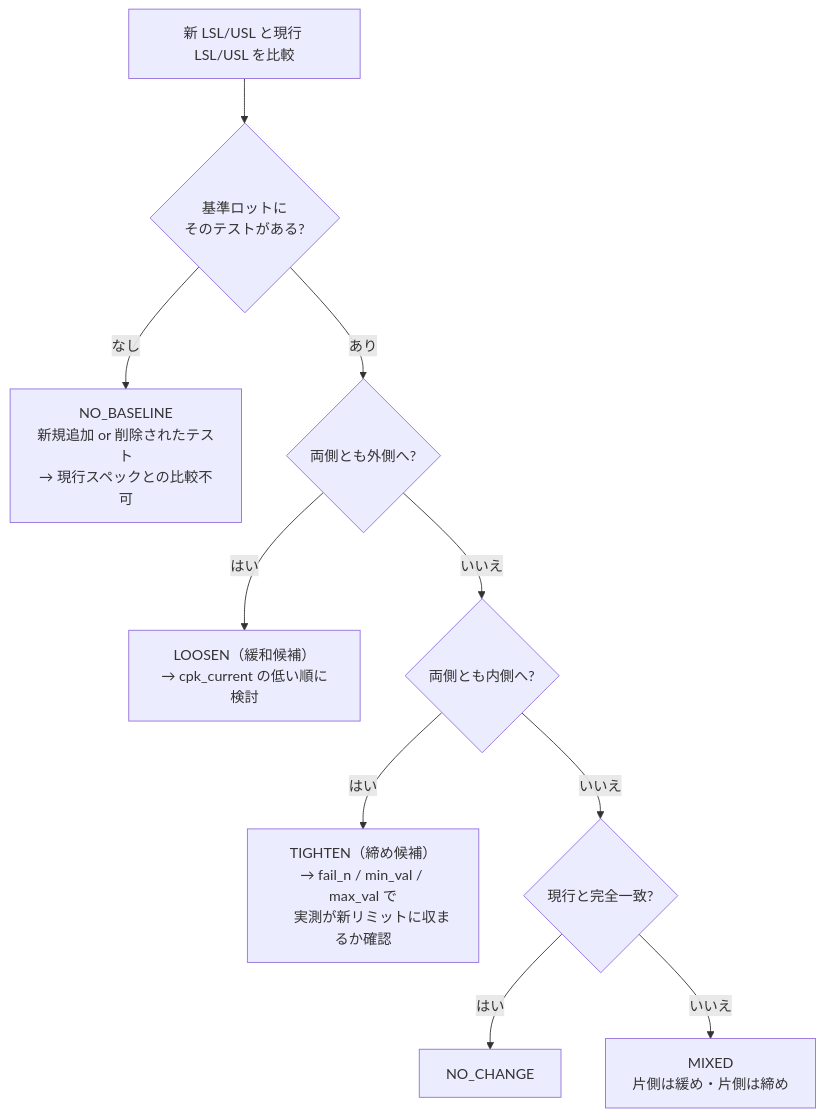
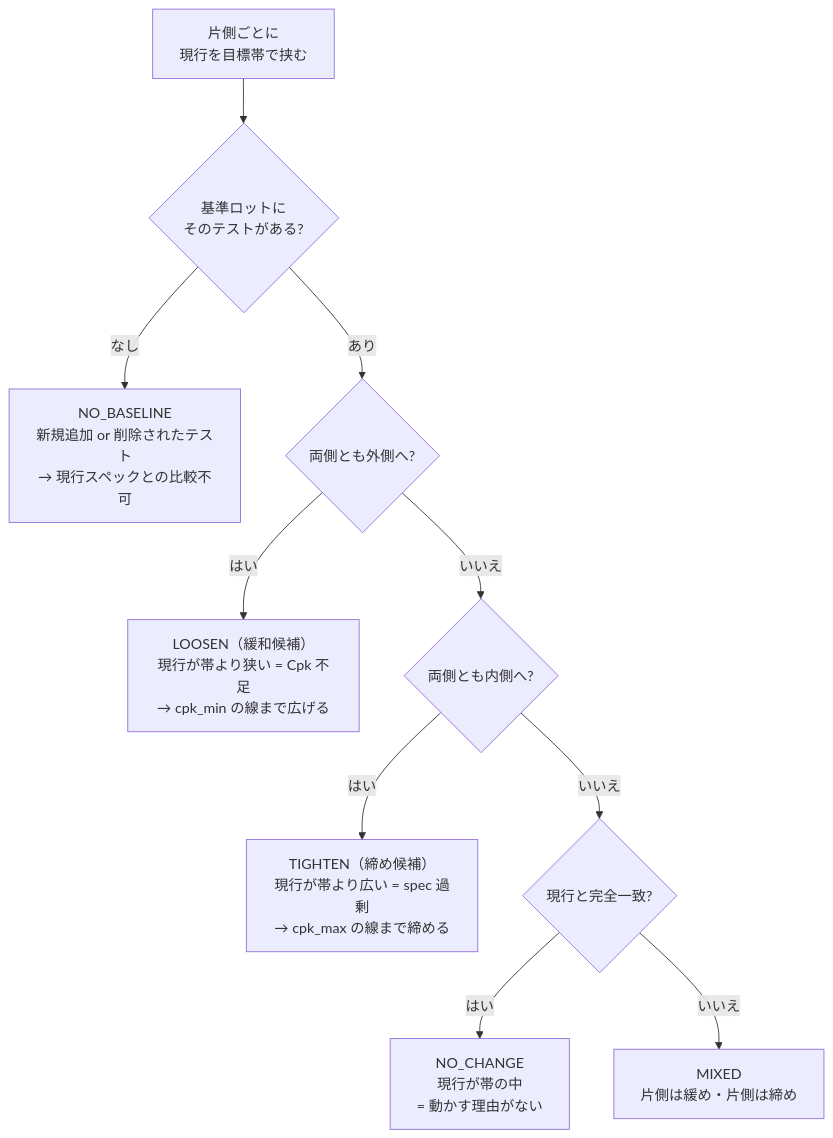
Before and after one commit to Kei0bb/STDF: the second of 2 diagrams in docs/sample_queries.md, drawn with Mermaid. The commit also changed other lines of this file, not shown here.

First line of the commit message:
feat: 8-2 の新リミットを目標帯（cpk_min〜cpk_max）で挟む方式に変更

````diff
--- a/docs/sample_queries.md
+++ b/docs/sample_queries.md
@@ -820,12 +823,12 @@
 ```mermaid
 flowchart TD
-    S["新 LSL/USL と現行 LSL/USL を比較"] --> A{"基準ロットに<br/>そのテストがある?"}
+    S["片側ごとに<br/>現行を目標帯で挟む"] --> A{"基準ロットに<br/>そのテストがある?"}
     A -->|"なし"| NB["NO_BASELINE<br/>新規追加 or 削除されたテスト<br/>→ 現行スペックとの比較不可"]
     A -->|"あり"| B{"両側とも外側へ?"}
-    B -->|"はい"| L["LOOSEN（緩和候補）<br/>→ cpk_current の低い順に検討"]
+    B -->|"はい"| L["LOOSEN（緩和候補）<br/>現行が帯より狭い = Cpk 不足<br/>→ cpk_min の線まで広げる"]
     B -->|"いいえ"| C{"両側とも内側へ?"}
-    C -->|"はい"| T["TIGHTEN（締め候補）<br/>→ fail_n / min_val / max_val で<br/>　 実測が新リミットに収まるか確認"]
+    C -->|"はい"| T["TIGHTEN（締め候補）<br/>現行が帯より広い = spec 過剰<br/>→ cpk_max の線まで締める"]
     C -->|"いいえ"| D{"現行と完全一致?"}
-    D -->|"はい"| N["NO_CHANGE"]
+    D -->|"はい"| N["NO_CHANGE<br/>現行が帯の中<br/>= 動かす理由がない"]
     D -->|"いいえ"| M["MIXED<br/>片側は緩め・片側は締め"]
 ```
````
